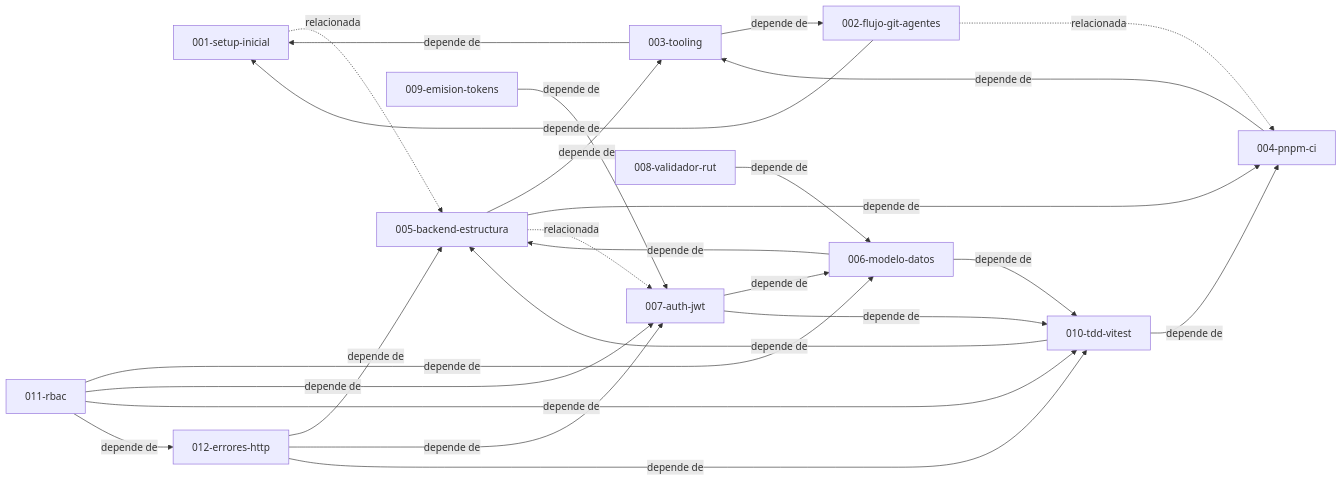
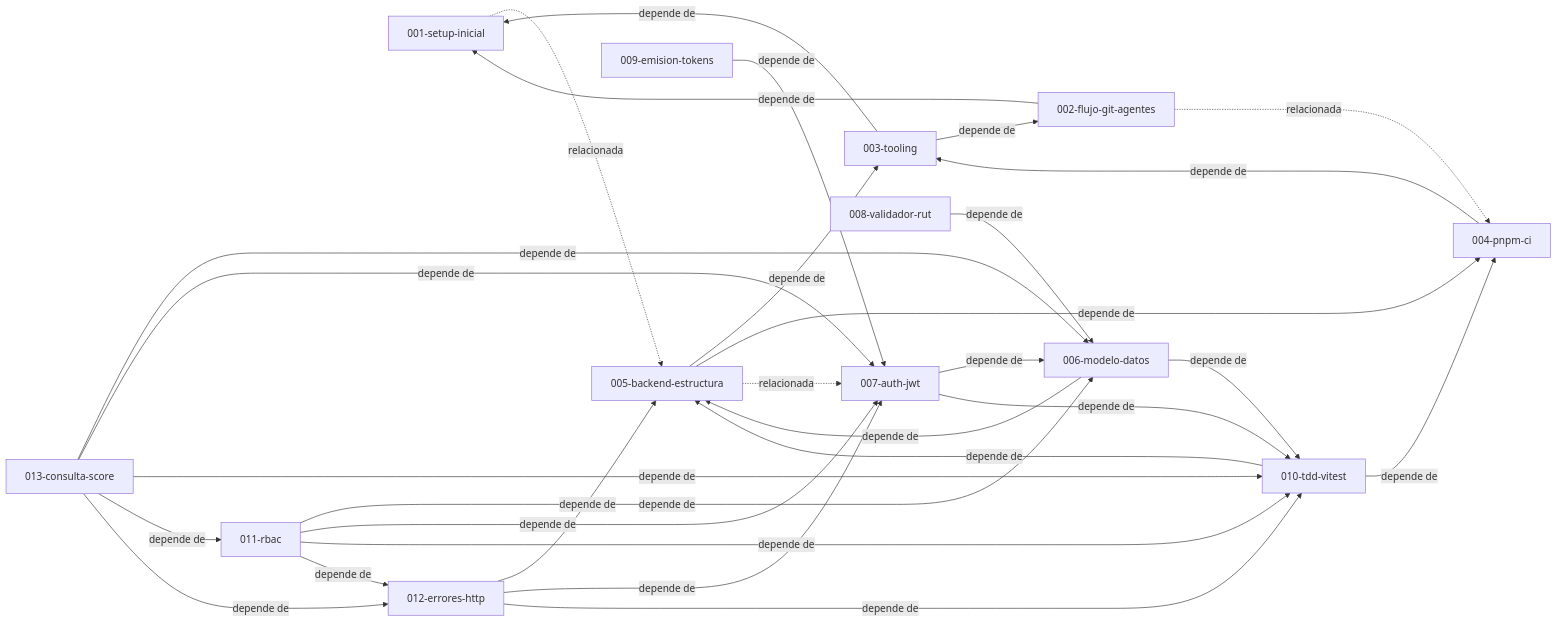
The diagram in docs/specs/README.md (DavidSlva/financial-risk-manager), drawn with Mermaid before and after one commit. The commit also changed other lines of this file and 17 other files, not shown here.

Commit message:
feat(013): consulta de score por rut con autorizacion personalizada (TDD)

````diff
--- a/docs/specs/README.md
+++ b/docs/specs/README.md
@@ -24,39 +25,45 @@
 ```mermaid
 graph LR
   S001[001-setup-inicial]
   S002[002-flujo-git-agentes]
   S003[003-tooling]
   S004[004-pnpm-ci]
   S005[005-backend-estructura]
   S006[006-modelo-datos]
   S007[007-auth-jwt]
   S008[008-validador-rut]
   S009[009-emision-tokens]
   S010[010-tdd-vitest]
   S011[011-rbac]
   S012[012-errores-http]
+  S013[013-consulta-score]
   S001 -.->|relacionada| S005
   S002 -->|depende de| S001
   S002 -.->|relacionada| S004
   S003 -->|depende de| S001
   S003 -->|depende de| S002
   S004 -->|depende de| S003
   S005 -->|depende de| S003
   S005 -->|depende de| S004
   S005 -.->|relacionada| S007
   S006 -->|depende de| S005
   S006 -->|depende de| S010
   S007 -->|depende de| S006
   S007 -->|depende de| S010
   S008 -->|depende de| S006
   S009 -->|depende de| S007
   S010 -->|depende de| S004
   S010 -->|depende de| S005
   S011 -->|depende de| S006
   S011 -->|depende de| S007
   S011 -->|depende de| S010
   S011 -->|depende de| S012
   S012 -->|depende de| S005
   S012 -->|depende de| S007
   S012 -->|depende de| S010
+  S013 -->|depende de| S006
+  S013 -->|depende de| S007
+  S013 -->|depende de| S010
+  S013 -->|depende de| S011
+  S013 -->|depende de| S012
 ```
````
